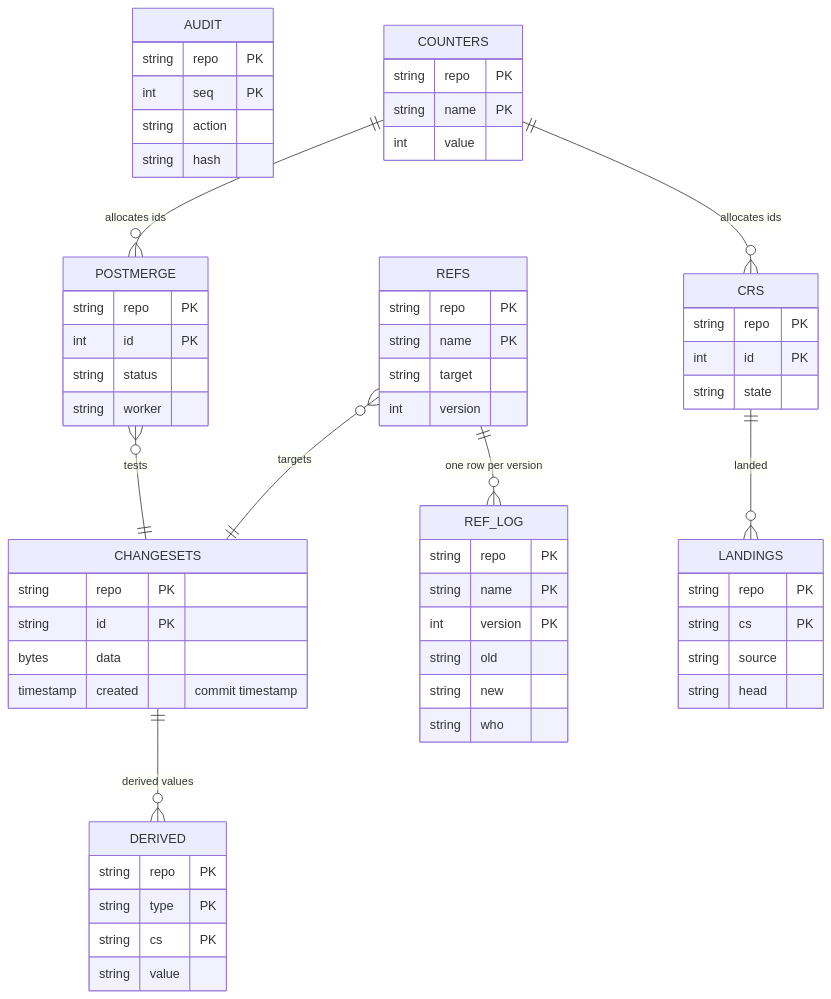
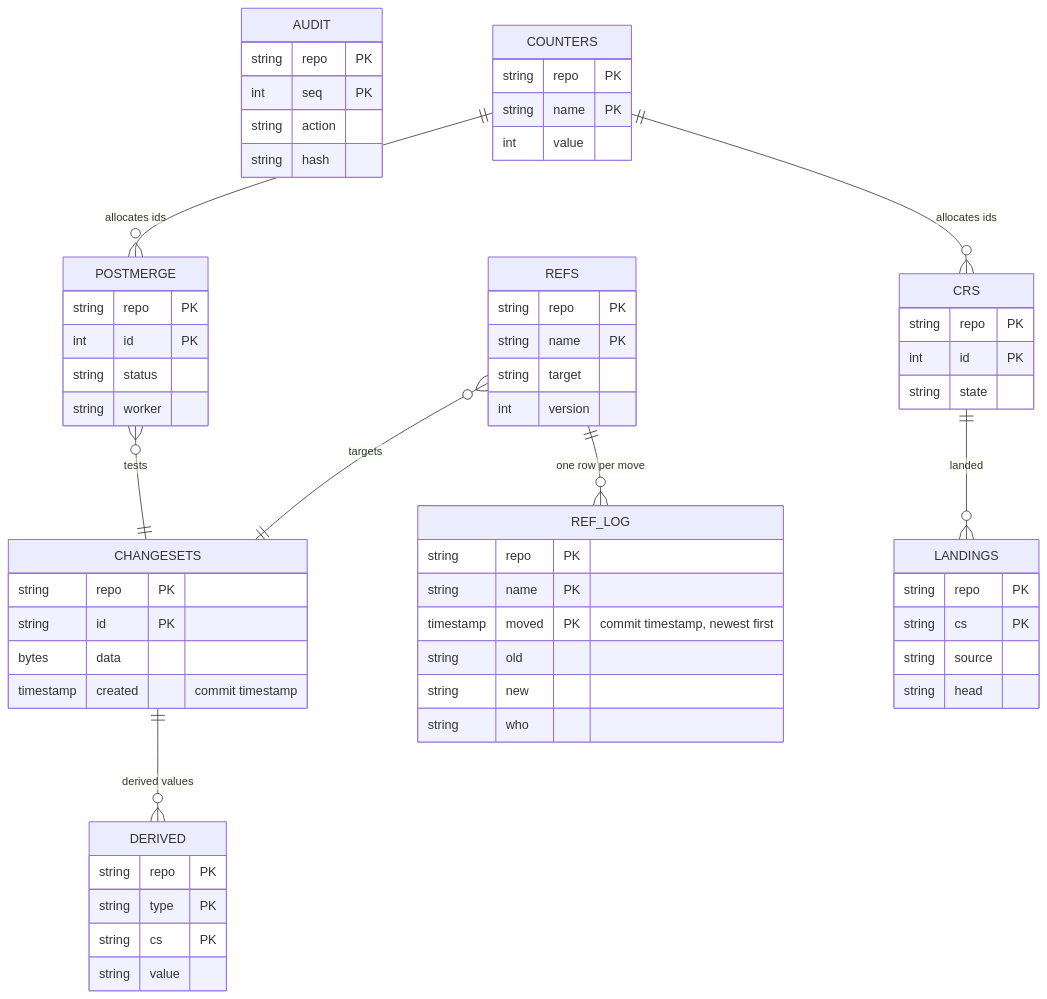
Before and after one commit to Space-Trucker/AIresume: diagram 28 of 28 in scion/docs/design/06-uml.md, drawn with Mermaid. The commit also changed other lines of this file and 27 other files, not shown here.

````diff
--- a/scion/docs/design/06-uml.md
+++ b/scion/docs/design/06-uml.md
@@ -1182,64 +1185,64 @@
 ```mermaid
 erDiagram
   CHANGESETS {
     string repo PK
     string id PK
     bytes data
     timestamp created "commit timestamp"
   }
   REFS {
     string repo PK
     string name PK
     string target
     int version
   }
   REF_LOG {
     string repo PK
     string name PK
-    int version PK
+    timestamp moved PK "commit timestamp, newest first"
     string old
     string new
     string who
   }
   DERIVED {
     string repo PK
     string type PK
     string cs PK
     string value
   }
   AUDIT {
     string repo PK
     int seq PK
     string action
     string hash
   }
   CRS {
     string repo PK
     int id PK
     string state
   }
   LANDINGS {
     string repo PK
     string cs PK
     string source
     string head
   }
   POSTMERGE {
     string repo PK
     int id PK
     string status
     string worker
   }
   COUNTERS {
     string repo PK
     string name PK
     int value
   }
-  REFS ||--o{ REF_LOG : "one row per version"
+  REFS ||--o{ REF_LOG : "one row per move"
   REFS }o--|| CHANGESETS : targets
   CHANGESETS ||--o{ DERIVED : "derived values"
   CRS ||--o{ LANDINGS : landed
   POSTMERGE }o--|| CHANGESETS : tests
   COUNTERS ||--o{ CRS : "allocates ids"
   COUNTERS ||--o{ POSTMERGE : "allocates ids"
 ```
````
